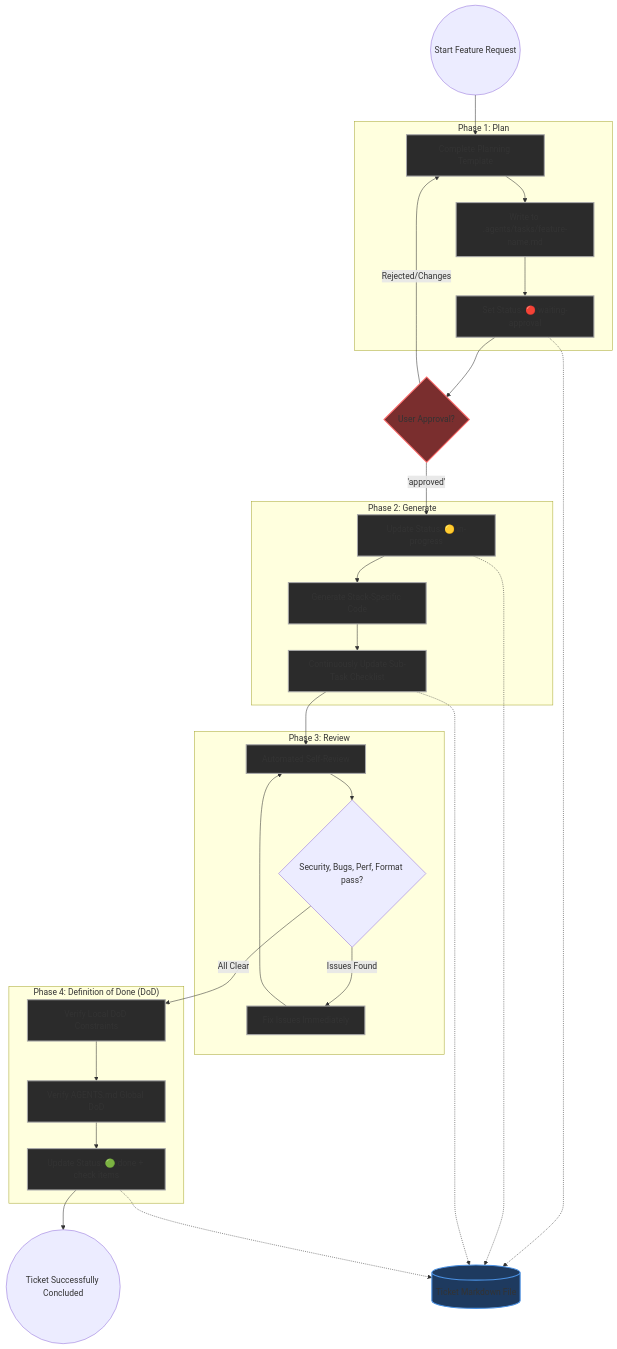
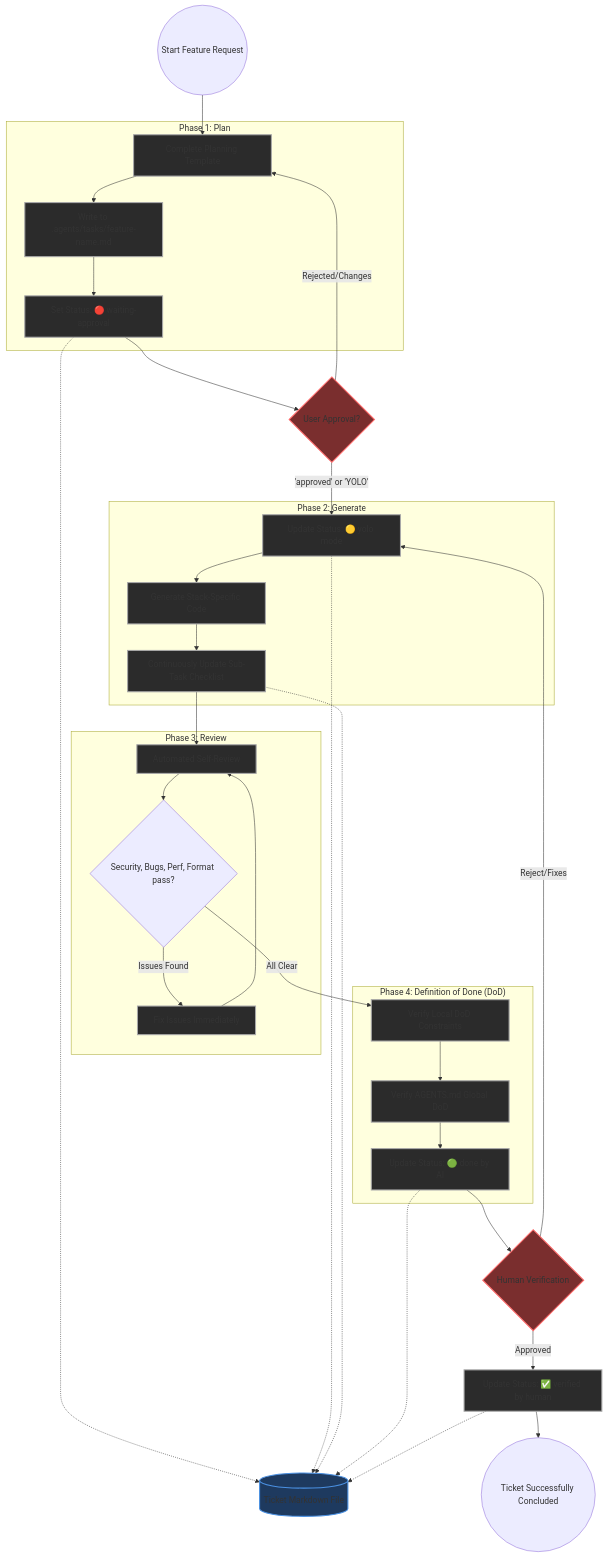
Before and after one commit to next-mmo/nde-os: the diagram in .agents/skills/tickets-writer/references/workflow.md, drawn with Mermaid. The commit also changed 17 other files, not shown here.

````diff
--- a/.agents/skills/tickets-writer/references/workflow.md
+++ b/.agents/skills/tickets-writer/references/workflow.md
@@ -5,47 +5,52 @@
 ```mermaid
 graph TD
     classDef phase fill:#2b2b2b,stroke:#a8a8a8,stroke-width:2px;
     classDef approval fill:#7a2e2e,stroke:#ff6b6b,stroke-width:2px;
     classDef file fill:#1e3a5f,stroke:#4a90e2,stroke-width:2px;
 
     Start((Start Feature Request)) --> P1
 
     subgraph "Phase 1: Plan"
         P1[Complete Planning Template]:::phase --> P1_Disk[Write to .agents/tasks/feature-name.md]:::phase
         P1_Disk --> P1_Status[Set Status: 🔴 waiting-approval]:::phase
     end
     
     P1_Status -.-> File[(Ticket Markdown File)]:::file
 
     P1_Status --> Wait{User Approval?}:::approval
     
     Wait -- "Rejected/Changes" --> P1
-    Wait -- "'approved'" --> P2_Status
+    Wait -- "'approved' or 'YOLO'" --> P2_Status
     
     subgraph "Phase 2: Generate"
-        P2_Status[Update Status: 🟡 in-progress]:::phase --> P2_Gen[Generate Stack-Specific Code]:::phase
+        P2_Status[Update Status: 🟡 yolo mode]:::phase --> P2_Gen[Generate Stack-Specific Code]:::phase
         P2_Gen --> P2_Sync[Continuously Update Sub-Task Checklist]:::phase
     end
     
     P2_Status -.-> File
     P2_Sync -.-> File
 
     P2_Sync --> P3_Review
     
     subgraph "Phase 3: Review"
         P3_Review[Automated Self-Review]:::phase --> P3_Checks{Security, Bugs, Perf, Format pass?}
         P3_Checks -- "Issues Found" --> P3_Fix[Fix Issues Immediately]:::phase
         P3_Fix --> P3_Review
     end
     
     P3_Checks -- "All Clear" --> P4_Local
     
     subgraph "Phase 4: Definition of Done (DoD)"
         P4_Local[Verify Local DoD Constraints]:::phase --> P4_Global[Verify AGENTS.md Global DoD]:::phase
-        P4_Global --> P4_Done[Update Status: 🟢 done + check items]:::phase
+        P4_Global --> P4_Done[Update Status: 🟢 done by AI]:::phase
     end
     
     P4_Done -.-> File
     
-    P4_Done --> End((Ticket Successfully Concluded))
+    P4_Done --> P5_Verify{Human Verification}:::approval
+    P5_Verify -- "Reject/Fixes" --> P2_Status
+    P5_Verify -- "Approved" --> P5_Final[Update Status: ✅ verified by human]:::phase
+    
+    P5_Final -.-> File
+    P5_Final --> End((Ticket Successfully Concluded))
 ```
````
